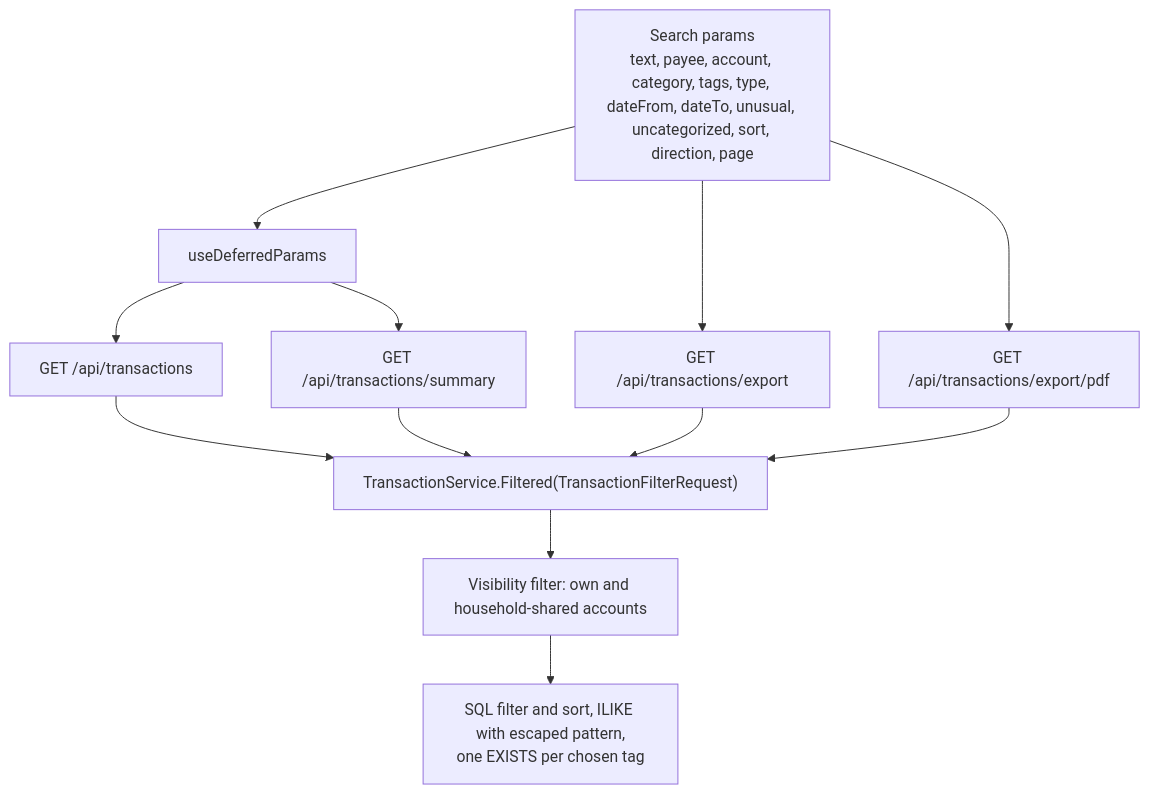
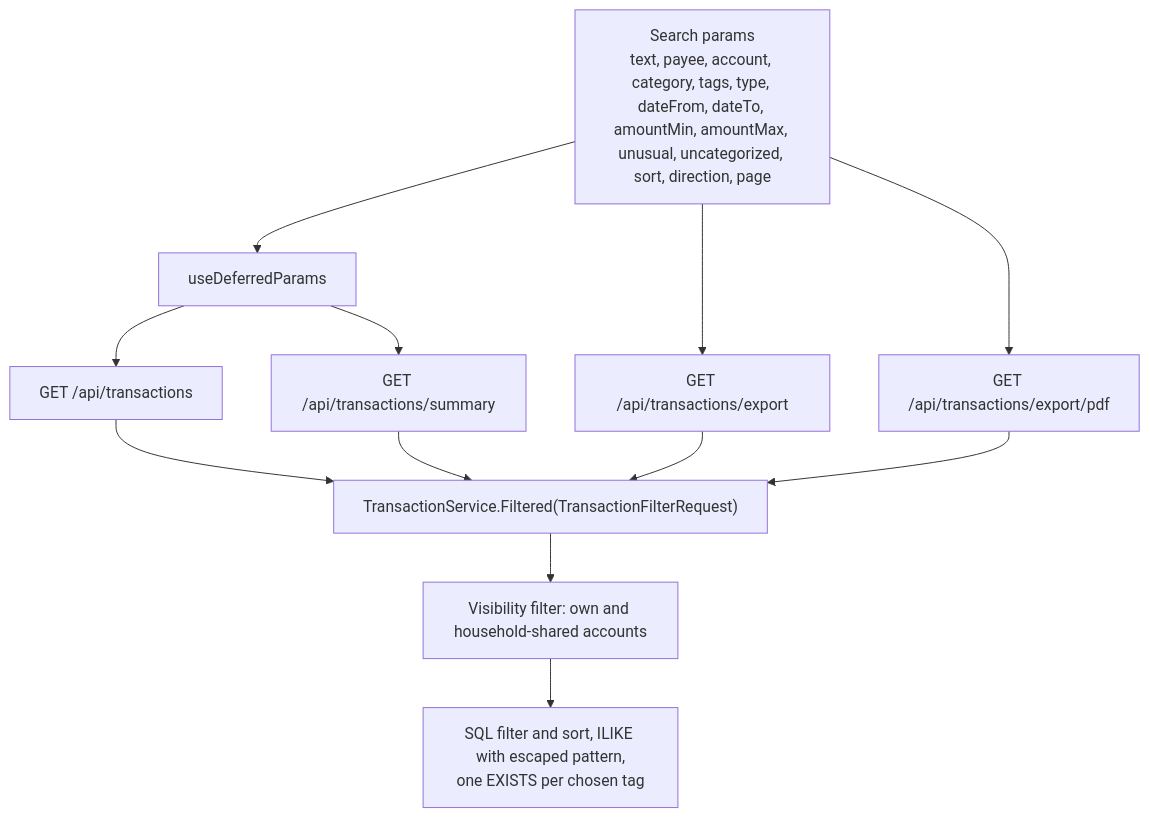
The first of 5 diagrams in docs/features/transactions.md (Justxs/Jx-Finance), drawn with Mermaid before and after one commit. The commit also changed other lines of this file and 46 other files, not shown here.

````diff
--- a/docs/features/transactions.md
+++ b/docs/features/transactions.md
@@ -7,14 +7,14 @@
 ```mermaid
 flowchart TD
-    Url["Search params<br/>text, payee, account, category, tags, type, dateFrom, dateTo, unusual, uncategorized, sort, direction, page"] --> Defer["useDeferredParams"]
+    Url["Search params<br/>text, payee, account, category, tags, type, dateFrom, dateTo, amountMin, amountMax, unusual, uncategorized, sort, direction, page"] --> Defer["useDeferredParams"]
     Defer --> List["GET /api/transactions"]
     Defer --> Summary["GET /api/transactions/summary"]
     Url --> Csv["GET /api/transactions/export"]
     Url --> Pdf["GET /api/transactions/export/pdf"]
     List --> F["TransactionService.Filtered(TransactionFilterRequest)"]
     Summary --> F
     Csv --> F
     Pdf --> F
     F --> Vis["Visibility filter: own and household-shared accounts"]
     Vis --> Sql["SQL filter and sort, ILIKE with escaped pattern,<br/>one EXISTS per chosen tag"]
 ```
````
